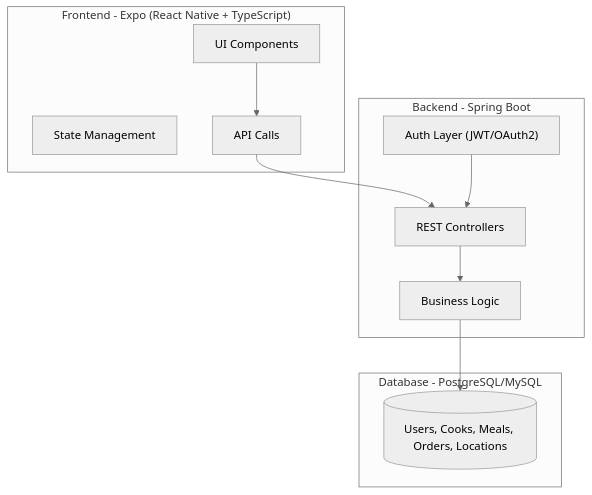
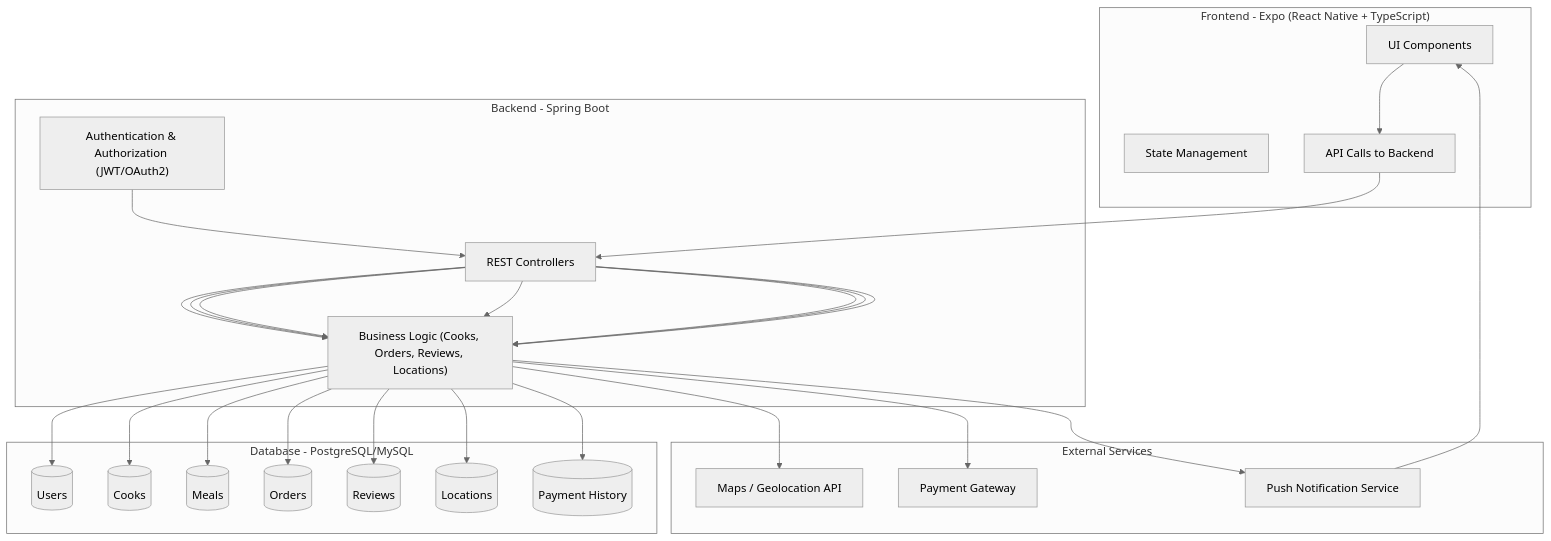
One commit to juliettegodyere/Cook4Me changed the diagram in docs/architecture.md. Above: the diagram before and after it, drawn with Mermaid (neutral theme).

Commit message:
setting up the architecture doc

````diff
--- a/docs/architecture.md
+++ b/docs/architecture.md
@@ -47,22 +47,49 @@
 ```mermaid
-flowchart TD
+flowchart TB
+    %% Frontend
     subgraph Frontend["Frontend - Expo (React Native + TypeScript)"]
-        UI[UI Components]
-        SM[State Management]
-        API[API Calls]
+        UI["UI Components"]
+        SM["State Management"]
+        API["API Calls to Backend"]
     end
 
+    %% Backend
     subgraph Backend["Backend - Spring Boot"]
-        AUTH["Auth Layer (JWT/OAuth2)"]
-        BL["Business Logic"]
+        AUTH["Authentication & Authorization (JWT/OAuth2)"]
+        BL["Business Logic (Cooks, Orders, Reviews, Locations)"]
         REST["REST Controllers"]
     end
 
+    %% Database
     subgraph Database["Database - PostgreSQL/MySQL"]
-        Tables[(Users, Cooks, Meals, Orders, Locations)]
+        Users[(Users)]
+        Cooks[(Cooks)]
+        Meals[(Meals)]
+        Orders[(Orders)]
+        Reviews[(Reviews)]
+        Locations[(Locations)]
+        Payments[(Payment History)]
     end
 
+    %% External Services
+    subgraph External["External Services"]
+        Maps["Maps / Geolocation API"]
+        PaymentAPI["Payment Gateway"]
+        Push["Push Notification Service"]
+    end
+
+    %% Connections
     UI --> API --> REST
-    REST --> BL --> Tables
+    REST --> BL --> Users
+    REST --> BL --> Cooks
+    REST --> BL --> Meals
+    REST --> BL --> Orders
+    REST --> BL --> Reviews
+    REST --> BL --> Locations
+    REST --> BL --> Payments
     AUTH --> REST
+    BL --> Maps
+    BL --> PaymentAPI
+    BL --> Push
+    Push --> UI
 ```
````
